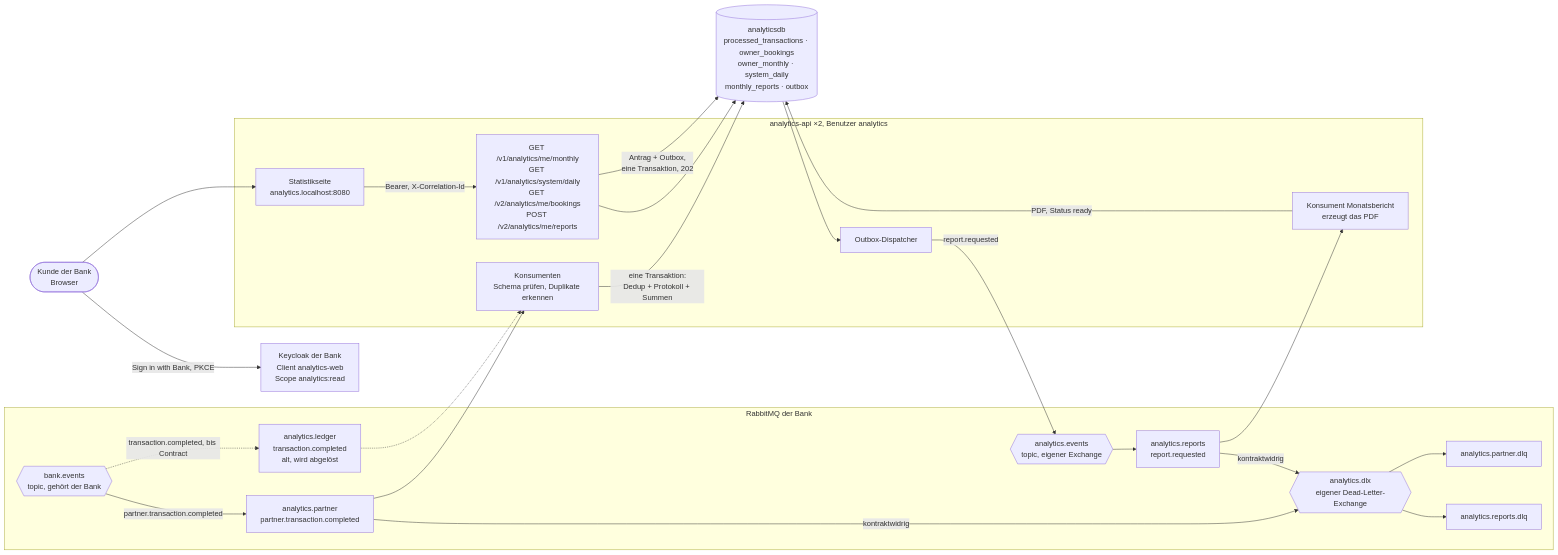
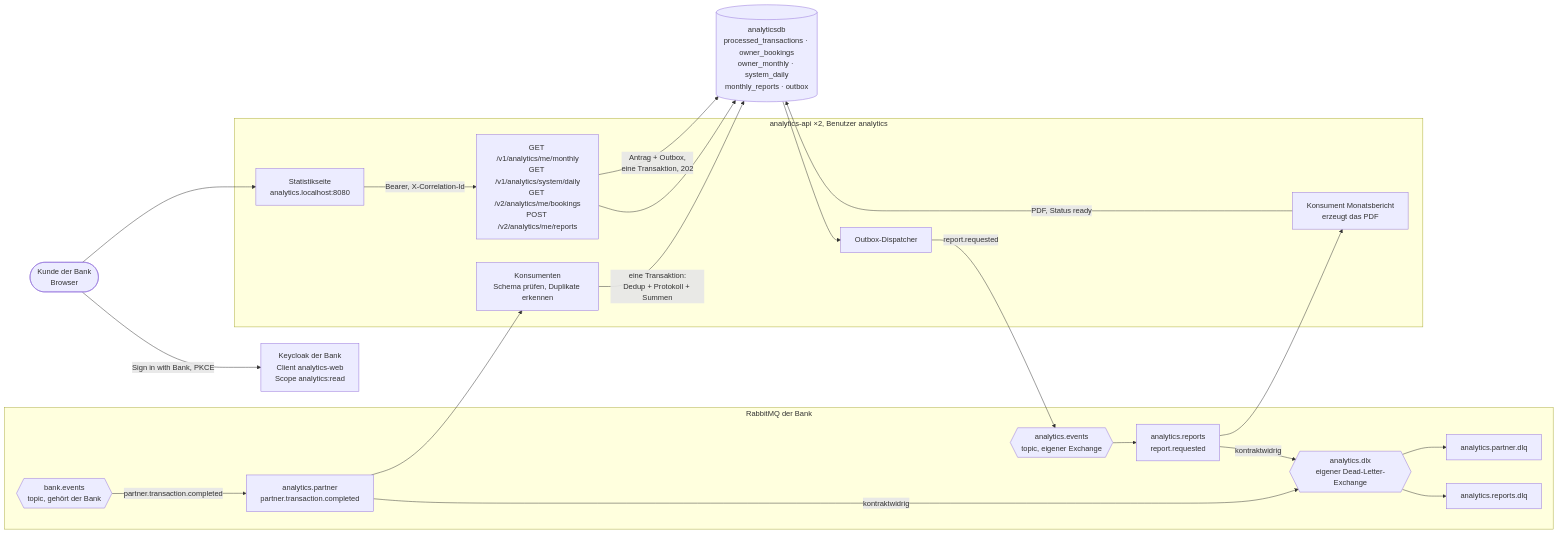
Before and after one commit to Leart165/321_leart: the diagram in README.md, drawn with Mermaid. The commit also changed other lines of this file and 24 other files, not shown here.

````diff
--- a/README.md
+++ b/README.md
@@ -9,41 +9,38 @@
 ```mermaid
 flowchart LR
     kunde(["Kunde der Bank<br/>Browser"])
     kc["Keycloak der Bank<br/>Client analytics-web<br/>Scope analytics:read"]
 
     subgraph broker["RabbitMQ der Bank"]
         ex{{"bank.events<br/>topic, gehört der Bank"}}
         partner["analytics.partner<br/>partner.transaction.completed"]
-        ledger["analytics.ledger<br/>transaction.completed<br/>alt, wird abgelöst"]
         dlx{{"analytics.dlx<br/>eigener Dead-Letter-Exchange"}}
         pdlq["analytics.partner.dlq"]
         aev{{"analytics.events<br/>topic, eigener Exchange"}}
         reports["analytics.reports<br/>report.requested"]
         rdlq["analytics.reports.dlq"]
     end
 
     subgraph dienst["analytics-api ×2, Benutzer analytics"]
         consumer["Konsumenten<br/>Schema prüfen, Duplikate erkennen"]
         api["GET /v1/analytics/me/monthly<br/>GET /v1/analytics/system/daily<br/>GET /v2/analytics/me/bookings<br/>POST /v2/analytics/me/reports"]
         outbox["Outbox-Dispatcher"]
         pdf["Konsument Monatsbericht<br/>erzeugt das PDF"]
         web["Statistikseite<br/>analytics.localhost:8080"]
     end
 
     db[("analyticsdb<br/>processed_transactions · owner_bookings<br/>owner_monthly · system_daily<br/>monthly_reports · outbox")]
 
     ex -->|"partner.transaction.completed"| partner
-    ex -.->|"transaction.completed, bis Contract"| ledger
     partner --> consumer
-    ledger -.-> consumer
     partner -->|"kontraktwidrig"| dlx --> pdlq
     consumer -->|"eine Transaktion:<br/>Dedup + Protokoll + Summen"| db
     kunde -->|"Sign in with Bank, PKCE"| kc
     kunde --> web
     web -->|"Bearer, X-Correlation-Id"| api
     api --> db
     api -->|"Antrag + Outbox,<br/>eine Transaktion, 202"| db
     db --> outbox -->|"report.requested"| aev --> reports --> pdf
     reports -->|"kontraktwidrig"| dlx --> rdlq
     pdf -->|"PDF, Status ready"| db
 ```
````
